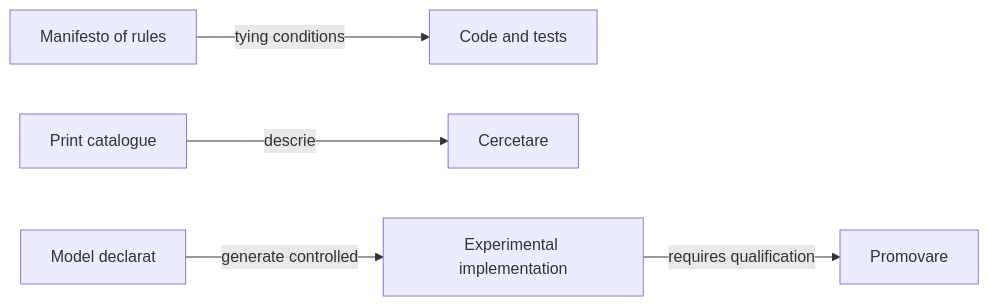
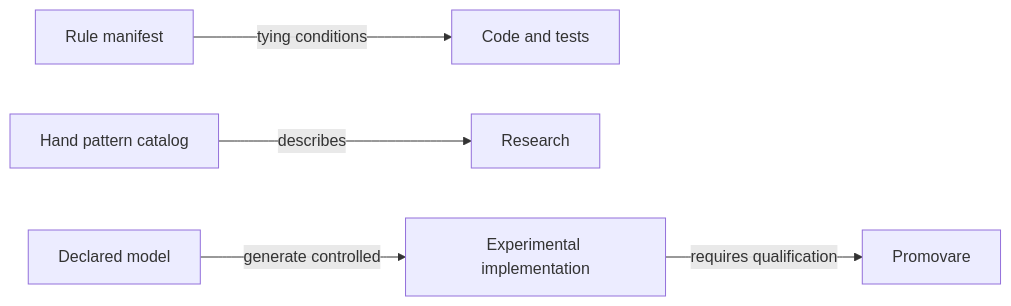
One commit to crististefanita/atf_j4 changed the first of 2 diagrams in docs/ai/ATF_RulesConfiguration.md. Above: the diagram before and after it, drawn with Mermaid. The commit also changed other lines of this file and 84 other files, not shown here.

````diff
--- a/docs/ai/ATF_RulesConfiguration.md
+++ b/docs/ai/ATF_RulesConfiguration.md
@@ -20,7 +20,7 @@
 ```mermaid
 flowchart LR
-    RULES[Manifesto of rules] -->|tying conditions| CODE[Code and tests]
-    PATTERN[Print catalogue] -->|descrie| RESEARCH[Cercetare]
-    MODEL[Model declarat] -->|generate controlled| GENERATED[Experimental implementation]
+    RULES[Rule manifest] -->|tying conditions| CODE[Code and tests]
+    PATTERN[Hand pattern catalog] -->|describes| RESEARCH[Research]
+    MODEL[Declared model] -->|generate controlled| GENERATED[Experimental implementation]
     GENERATED -->|requires qualification| PROMOTION[Promovare]
 ```
````
